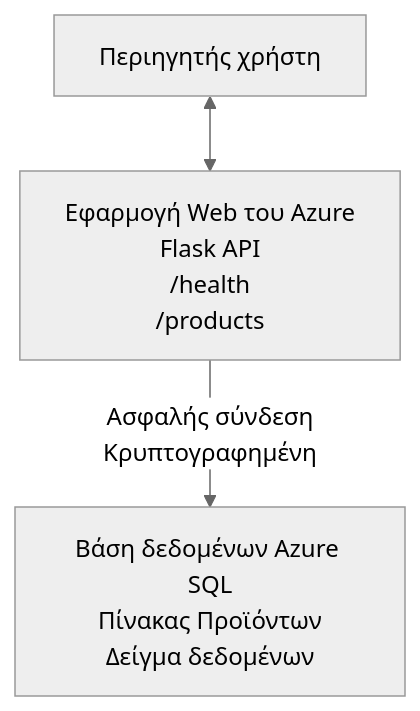
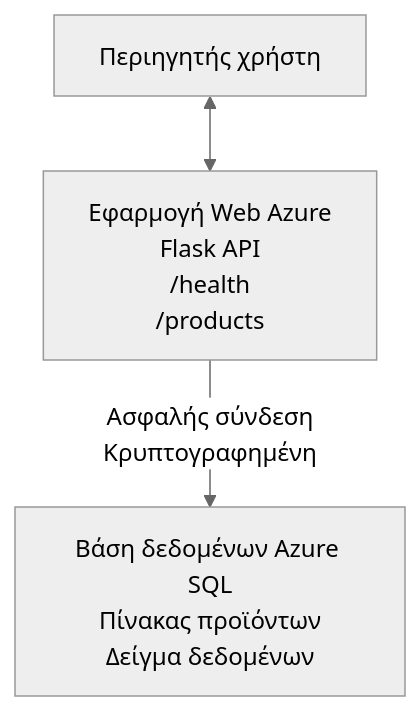
The diagram in translations/el/examples/database-app/README.md (microsoft/AZD-for-beginners), drawn with Mermaid (neutral theme) before and after one commit. The commit also changed other lines of this file and 104 other files, not shown here.

````diff
--- a/translations/el/examples/database-app/README.md
+++ b/translations/el/examples/database-app/README.md
@@ -72,5 +72,5 @@
 ```mermaid
 graph TD
-    Browser[Περιηγητής χρήστη] <--> WebApp[Εφαρμογή Web του Azure<br/>Flask API<br/>/health<br/>/products]
-    WebApp -- Ασφαλής σύνδεση<br/>Κρυπτογραφημένη --> SQL[Βάση δεδομένων Azure SQL<br/>Πίνακας Προϊόντων<br/>Δείγμα δεδομένων]
+    Browser[Περιηγητής χρήστη] <--> WebApp[Εφαρμογή Web Azure<br/>Flask API<br/>/health<br/>/products]
+    WebApp -- Ασφαλής σύνδεση<br/>Κρυπτογραφημένη --> SQL[Βάση δεδομένων Azure SQL<br/>Πίνακας προϊόντων<br/>Δείγμα δεδομένων]
 ```
````
